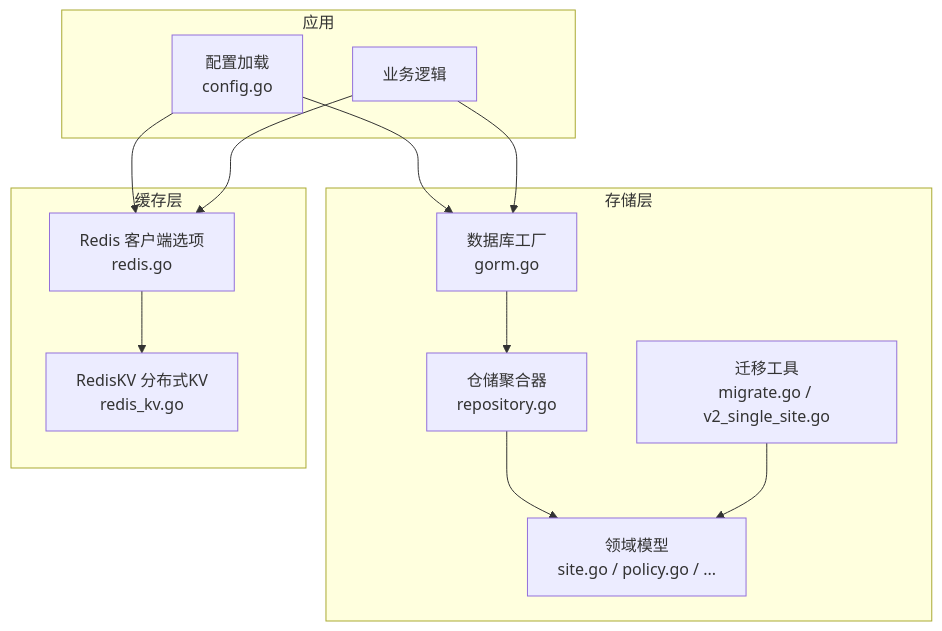
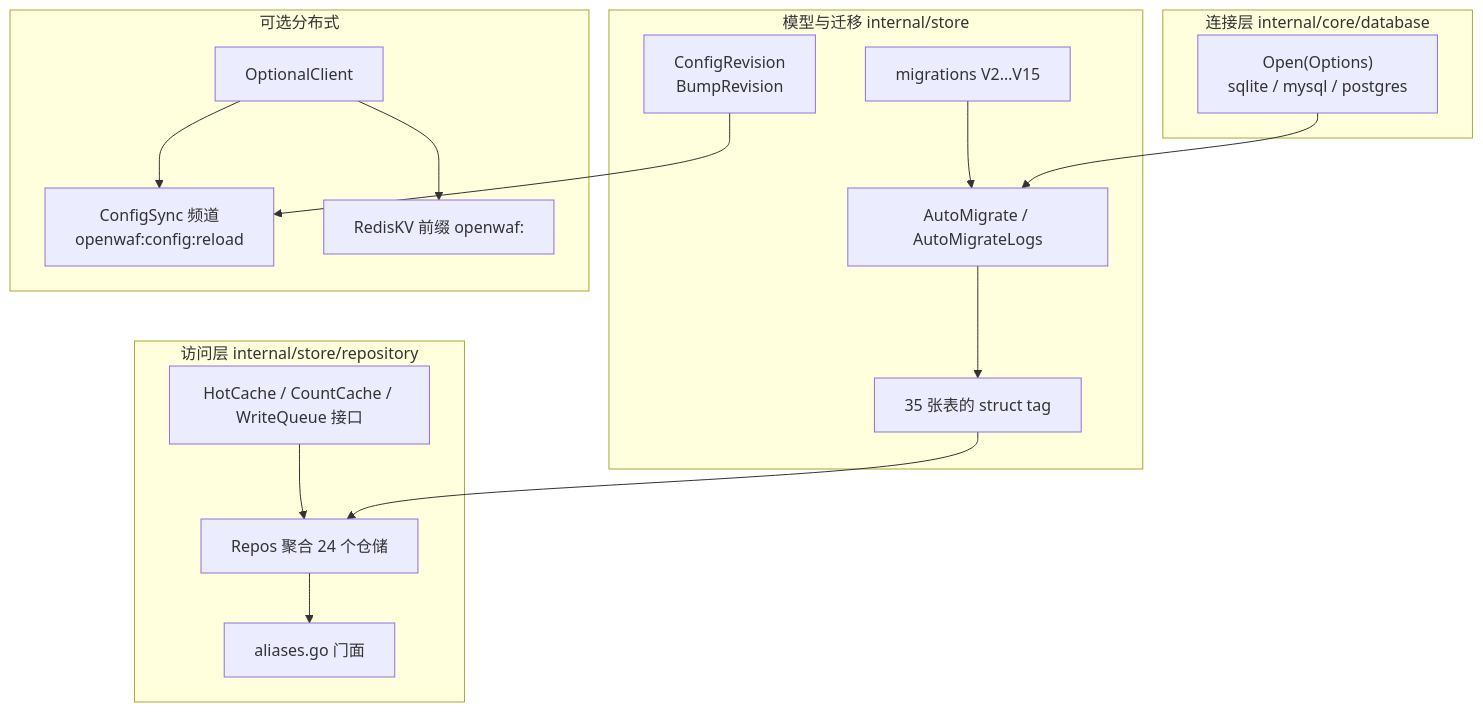
The first of 6 diagrams in docs/数据存储层/数据存储层.md (x01n/My-OpenWaf), drawn with Mermaid before and after one commit. The commit also changed other lines of this file and 622 other files, not shown here.

````diff
--- a/docs/数据存储层/数据存储层.md
+++ b/docs/数据存储层/数据存储层.md
@@ -60,25 +118,31 @@
 ```mermaid
-graph TB
-subgraph "应用"
-CFG["配置加载<br/>config.go"]
-APP["业务逻辑"]
+flowchart TB
+subgraph L1["连接层 internal/core/database"]
+OPEN["Open(Options)<br/>sqlite / mysql / postgres"]
 end
-subgraph "存储层"
-DBF["数据库工厂<br/>gorm.go"]
-REPOS["仓储聚合器<br/>repository.go"]
-MODELS["领域模型<br/>site.go / policy.go / ..."]
-MIG["迁移工具<br/>migrate.go / v2_single_site.go"]
+subgraph L2["模型与迁移 internal/store"]
+MODELS["35 张表的 struct tag"]
+AUTO["AutoMigrate / AutoMigrateLogs"]
+V["migrations V2…V15"]
+REV["ConfigRevision<br/>BumpRevision"]
 end
-subgraph "缓存层"
-RCFG["Redis 客户端选项<br/>redis.go"]
-RKV["RedisKV 分布式KV<br/>redis_kv.go"]
+subgraph L3["访问层 internal/store/repository"]
+REPOS["Repos 聚合 24 个仓储"]
+FACADE["aliases.go 门面"]
+HC["HotCache / CountCache / WriteQueue 接口"]
 end
-CFG --> DBF
-CFG --> RCFG
-APP --> DBF
-APP --> RCFG
-DBF --> REPOS
-REPOS --> MODELS
-MIG --> MODELS
-RCFG --> RKV
+subgraph L4["可选分布式"]
+RCLI["OptionalClient"]
+PUB["ConfigSync 频道<br/>openwaf:config:reload"]
+KV["RedisKV 前缀 openwaf:"]
+end
+OPEN --> AUTO
+AUTO --> MODELS
+V --> AUTO
+MODELS --> REPOS
+REPOS --> FACADE
+HC --> REPOS
+RCLI --> PUB
+RCLI --> KV
+REV --> PUB
 ```
````
